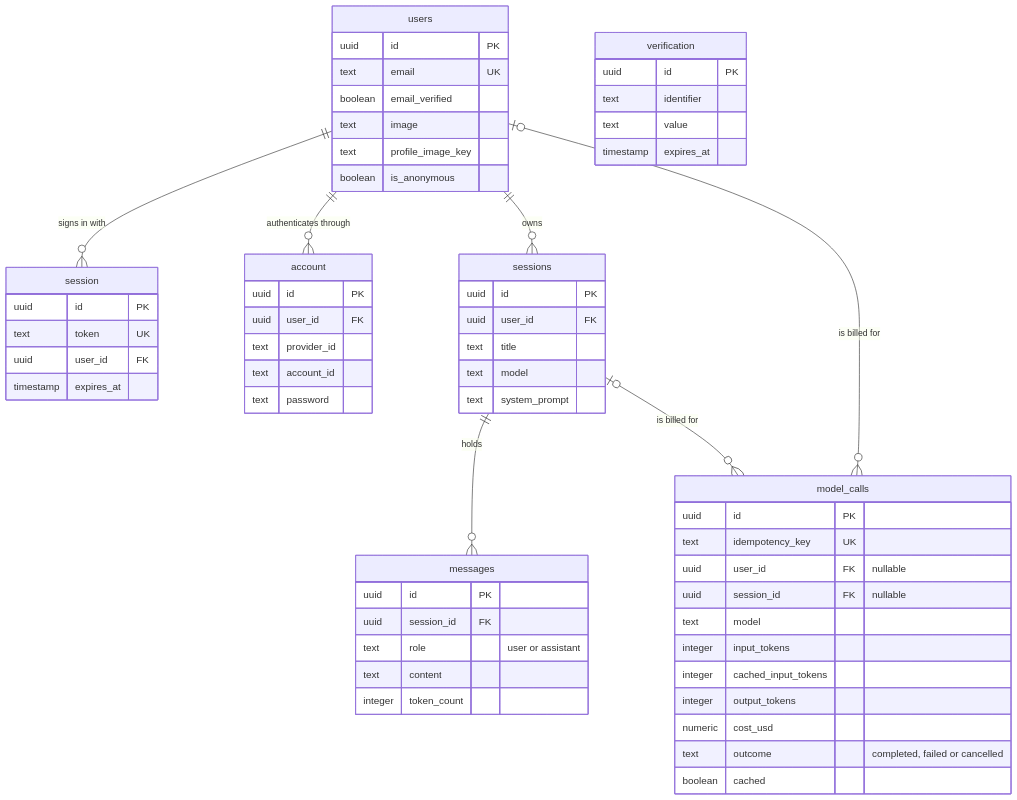
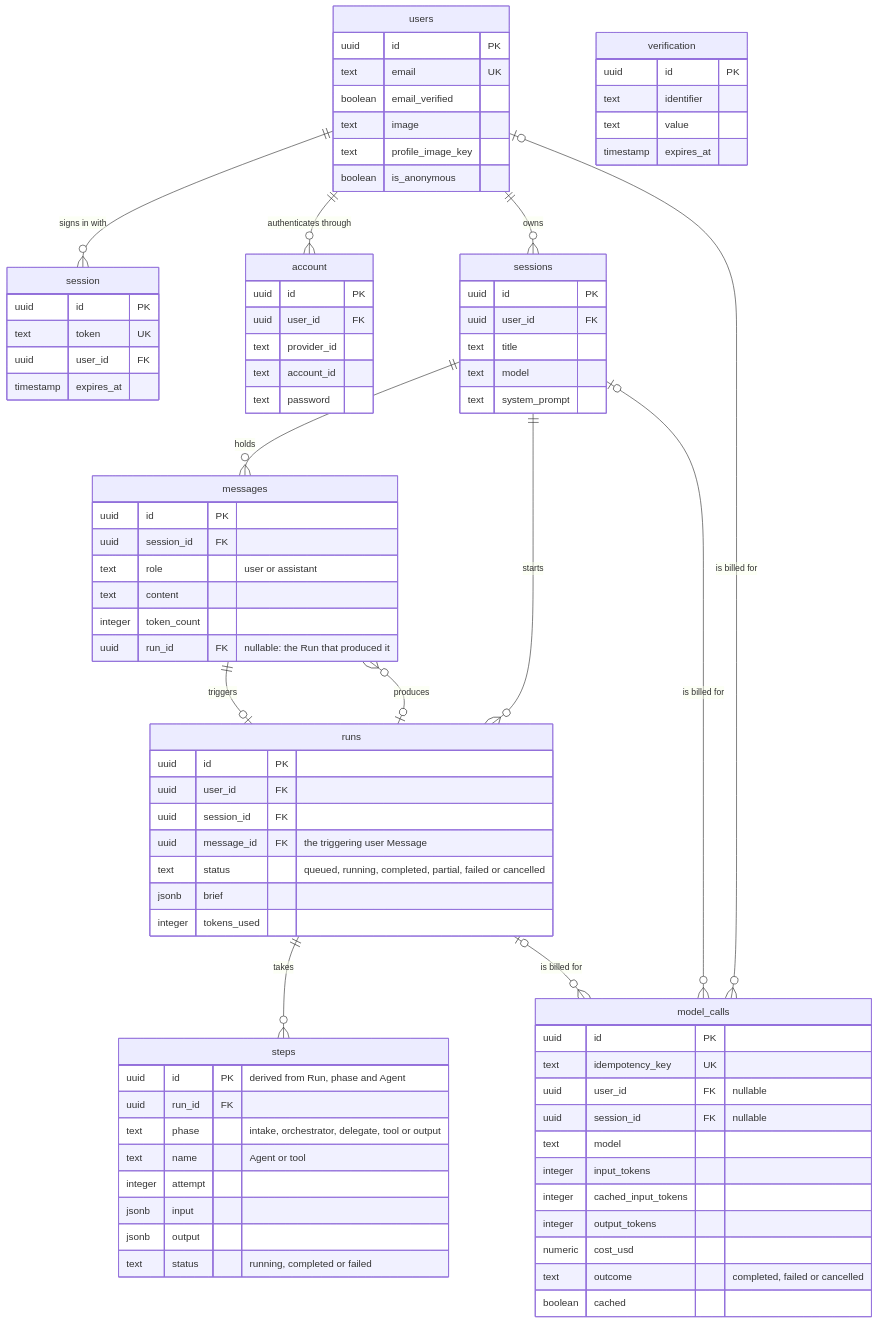
One commit to itsDaiton/nebula-chat changed the fifth of 9 diagrams in docs/architecture.md. Above: the diagram before and after it, drawn with Mermaid. The commit also changed other lines of this file and 63 other files, not shown here.

First line of the commit message:
feat(worker): NEB-359 Runs with Intake Agents, Brief and Output Agent (#651)

```diff
--- a/docs/architecture.md
+++ b/docs/architecture.md
@@ -157,8 +158,13 @@
   users ||--o{ account : "authenticates through"
   users ||--o{ sessions : owns
   sessions ||--o{ messages : holds
+  sessions ||--o{ runs : "starts"
+  messages ||--o| runs : "triggers"
+  runs |o--o{ messages : "produces"
+  runs ||--o{ steps : "takes"
   users |o--o{ model_calls : "is billed for"
   sessions |o--o{ model_calls : "is billed for"
+  runs |o--o{ model_calls : "is billed for"
 
   users {
     uuid id PK
@@ -200,6 +206,26 @@
     text role "user or assistant"
     text content
     integer token_count
+    uuid run_id FK "nullable: the Run that produced it"
+  }
+  runs {
+    uuid id PK
+    uuid user_id FK
+    uuid session_id FK
+    uuid message_id FK "the triggering user Message"
+    text status "queued, running, completed, partial, failed or cancelled"
+    jsonb brief
+    integer tokens_used
+  }
+  steps {
+    uuid id PK "derived from Run, phase and Agent"
+    uuid run_id FK
+    text phase "intake, orchestrator, delegate, tool or output"
+    text name "Agent or tool"
+    integer attempt
+    jsonb input
+    jsonb output
+    text status "running, completed or failed"
   }
   model_calls {
     uuid id PK
```
